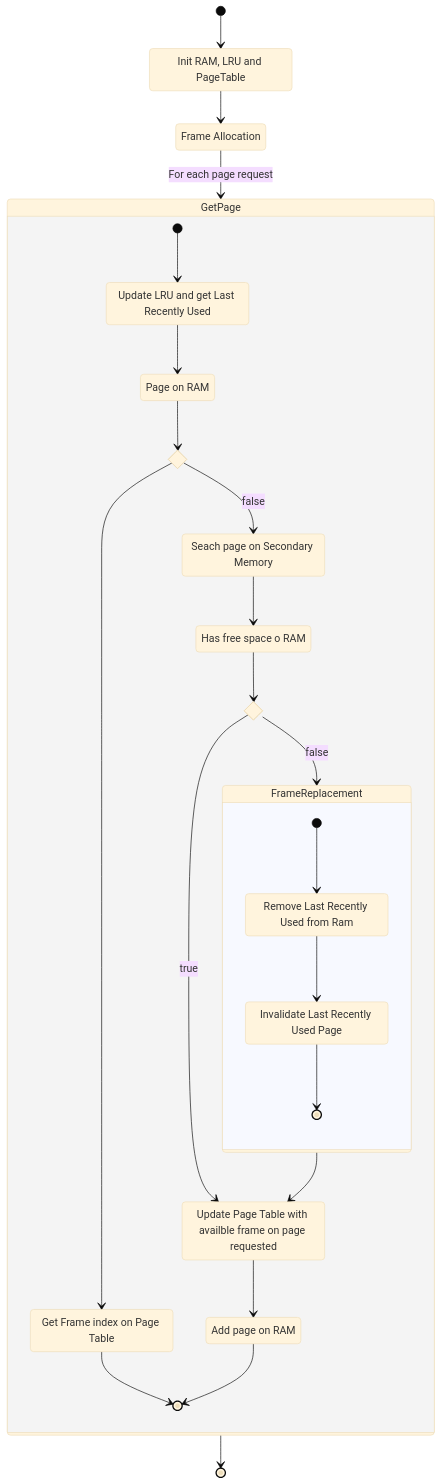
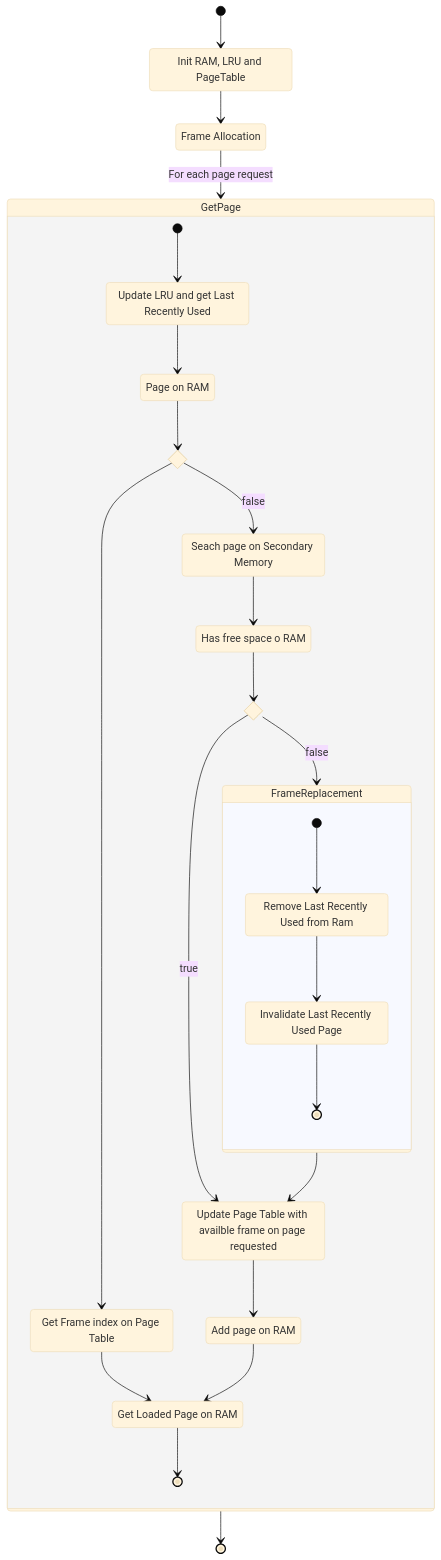
Before and after one commit to Lucasgm22/MyVirtualMemoryManager: the ninth of 9 diagrams in README.md, drawn with Mermaid (base theme). The commit also changed other lines of this file, not shown here.

````diff
--- a/README.md
+++ b/README.md
@@ -167,42 +167,43 @@
 ```mermaid
 stateDiagram-v2
     irlp: Init RAM, LRU and PageTable
     fa: Frame Allocation
     pon: Page on RAM
     ulrgtlru: Update LRU and get Last Recently Used
     sposm: Seach page on Secondary Memory
     hfsor: Has free space o RAM
     rlrufr: Remove Last Recently Used from Ram
     ilrup: Invalidate Last Recently Used Page
     afor: Add page on RAM
     upt: Update Page Table with availble frame on page requested
     gfopt: Get Frame index on Page Table
+    glpor: Get Loaded Page on RAM
     state if_state <<choice>>
     state if_state2 <<choice>>
     [*] --> irlp
     irlp --> fa
     fa --> GetPage: For each page request
     state GetPage {
         [*] --> ulrgtlru
         ulrgtlru --> pon
         pon --> if_state
         if_state --> gfopt
-        gfopt --> [*]
+        gfopt --> glpor
         if_state --> sposm: false
         sposm --> hfsor
         hfsor --> if_state2
         if_state2 --> upt: true
-        afor --> [*]
+        afor --> glpor
         if_state2 --> FrameReplacement: false
         state FrameReplacement {
             [*] --> rlrufr
             rlrufr --> ilrup
             ilrup --> [*]
         }
         FrameReplacement --> upt
         upt --> afor
-
+        glpor -->[*]
     }
 
     GetPage --> [*]
 ```
````
